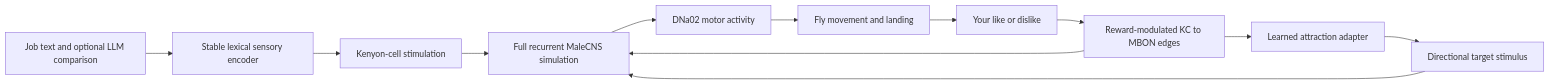
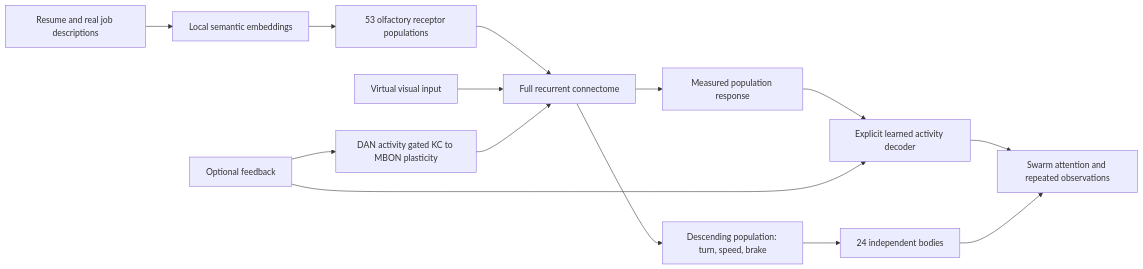
One commit to thomasdavis/jobfly changed the diagram in README.md. Above: the diagram before and after it, drawn with Mermaid. The commit also changed other lines of this file and 34 other files, not shown here.

Commit message:
Build a continuous neural swarm across a full real-job catalog

````diff
--- a/README.md
+++ b/README.md
@@ -100,14 +111,16 @@
 ```mermaid
 flowchart LR
-  J[Job text and optional LLM comparison] --> E[Stable lexical sensory encoder]
-  E --> K[Kenyon-cell stimulation]
-  K --> B[Full recurrent MaleCNS simulation]
-  T[Directional target stimulus] --> B
-  B --> D[DNa02 motor activity]
-  D --> M[Fly movement and landing]
-  M --> H[Your like or dislike]
-  H --> P[Reward-modulated KC to MBON edges]
+  J[Resume and real job descriptions] --> E[Local semantic embeddings]
+  E --> O[53 olfactory receptor populations]
+  O --> B[Full recurrent connectome]
+  B --> R[Measured population response]
+  R --> D[Explicit learned activity decoder]
+  D --> S[Swarm attention and repeated observations]
+  V[Virtual visual input] --> B
+  B --> M[Descending population: turn, speed, brake]
+  M --> F[24 independent bodies]
+  F --> S
+  H[Optional feedback] --> P[DAN activity gated KC to MBON plasticity]
+  H --> D
   P --> B
-  P --> A[Learned attraction adapter]
-  A --> T
 ```
````
